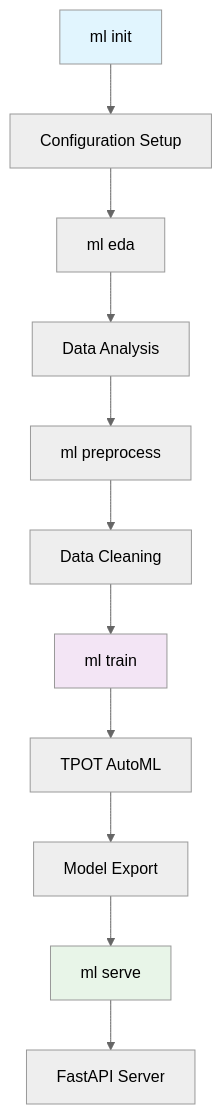
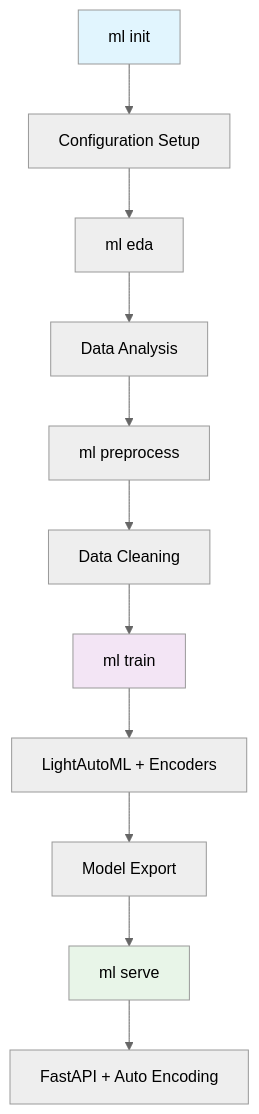
The diagram in README.md (Ayo-Cyber/ml_cli), drawn with Mermaid (neutral theme) before and after one commit. The commit also changed other lines of this file and 7 other files, not shown here.

First line of the commit message:
Add categorical encoding and improve API prediction handling

````diff
--- a/README.md
+++ b/README.md
@@ -388,17 +456,17 @@
 ```mermaid
 graph TB
     A[ml init] --> B[Configuration Setup]
     B --> C[ml eda]
     C --> D[Data Analysis]
     D --> E[ml preprocess]
     E --> F[Data Cleaning]
     F --> G[ml train]
-    G --> H[TPOT AutoML]
+    G --> H[LightAutoML + Encoders]
     H --> I[Model Export]
     I --> J[ml serve]
-    J --> K[FastAPI Server]
+    J --> K[FastAPI + Auto Encoding]
     
     style A fill:#e1f5fe
     style G fill:#f3e5f5
     style J fill:#e8f5e8
 ```
````
